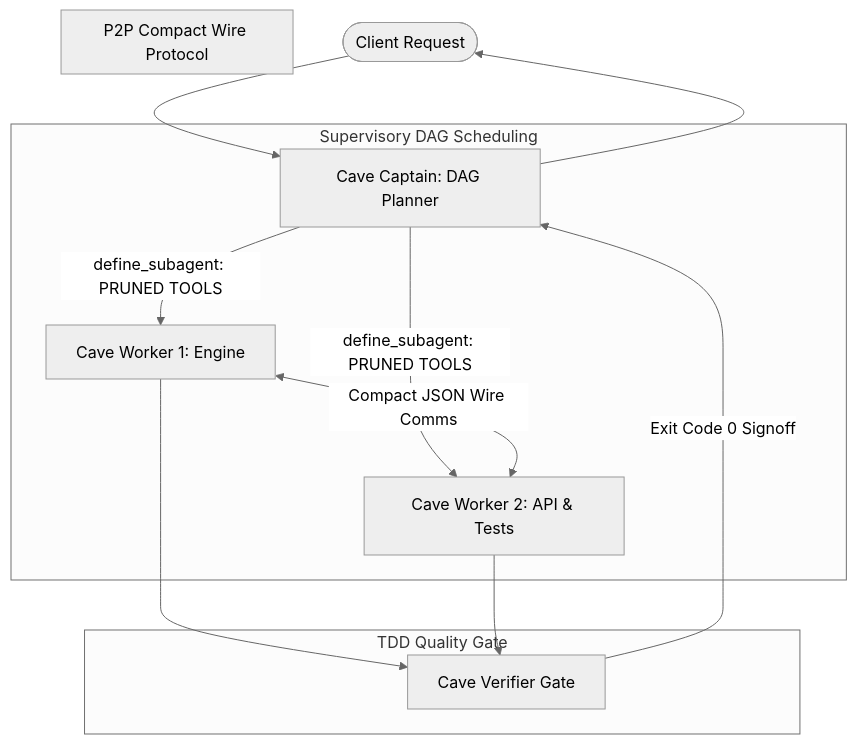
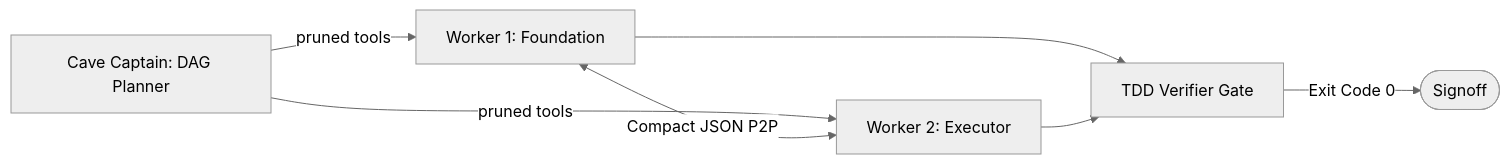
One commit to sanad-source/cave-agents changed the diagram in README.md. Above: the diagram before and after it, drawn with Mermaid (neutral theme). The commit also changed other lines of this file and 1 other file, not shown here.

````diff
--- a/README.md
+++ b/README.md
@@ -81,21 +71,8 @@
 ```mermaid
-graph TD
-    Client([Client Request]) --> Captain[Cave Captain: DAG Planner]
-
-    subgraph OrchestrationLayer [Supervisory DAG Scheduling]
-        Captain -->|define_subagent: PRUNED TOOLS| Worker1[Cave Worker 1: Engine]
-        Captain -->|define_subagent: PRUNED TOOLS| Worker2[Cave Worker 2: API & Tests]
-    end
-
-    subgraph PeerToPeer [P2P Compact Wire Protocol]
-        Worker1 <-->|Compact JSON Wire Comms| Worker2
-    end
-
-    subgraph QualityGate [TDD Quality Gate]
-        Worker1 --> Verifier[Cave Verifier Gate]
-        Worker2 --> Verifier
-        Verifier -->|Exit Code 0 Signoff| Captain
-    end
-
-    Captain --> Client
+graph LR
+    Captain[Cave Captain: DAG Planner] -->|pruned tools| W1[Worker 1: Foundation]
+    Captain -->|pruned tools| W2[Worker 2: Executor]
+    W1 <-->|Compact JSON P2P| W2
+    W1 & W2 --> Verifier[TDD Verifier Gate]
+    Verifier -->|Exit Code 0| Done([Signoff])
 ```
````
